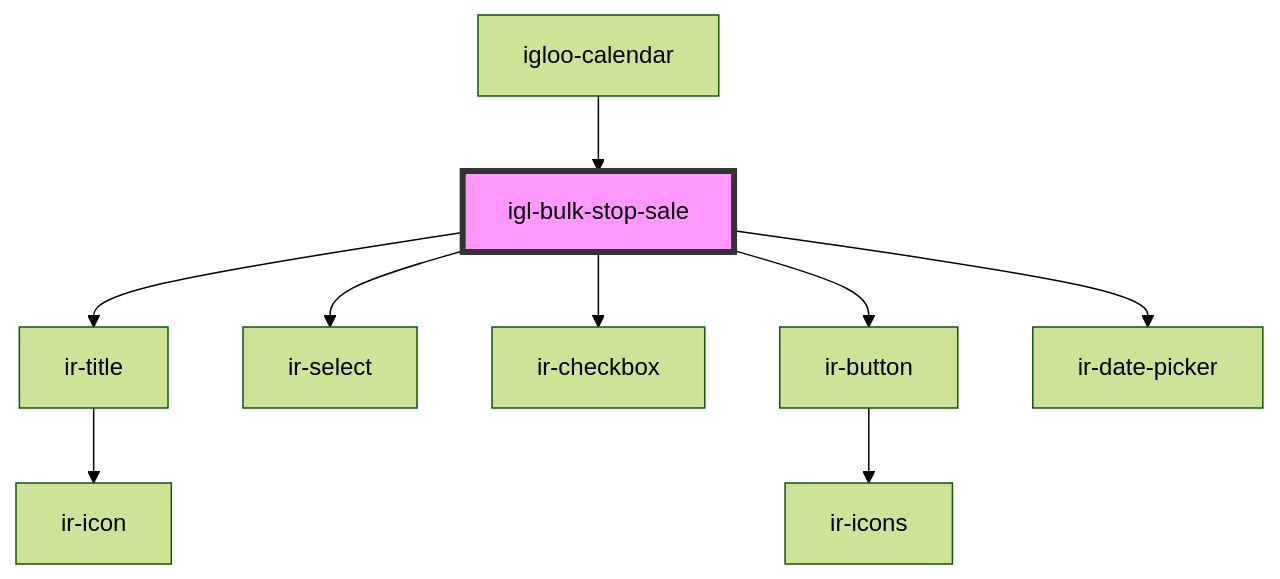
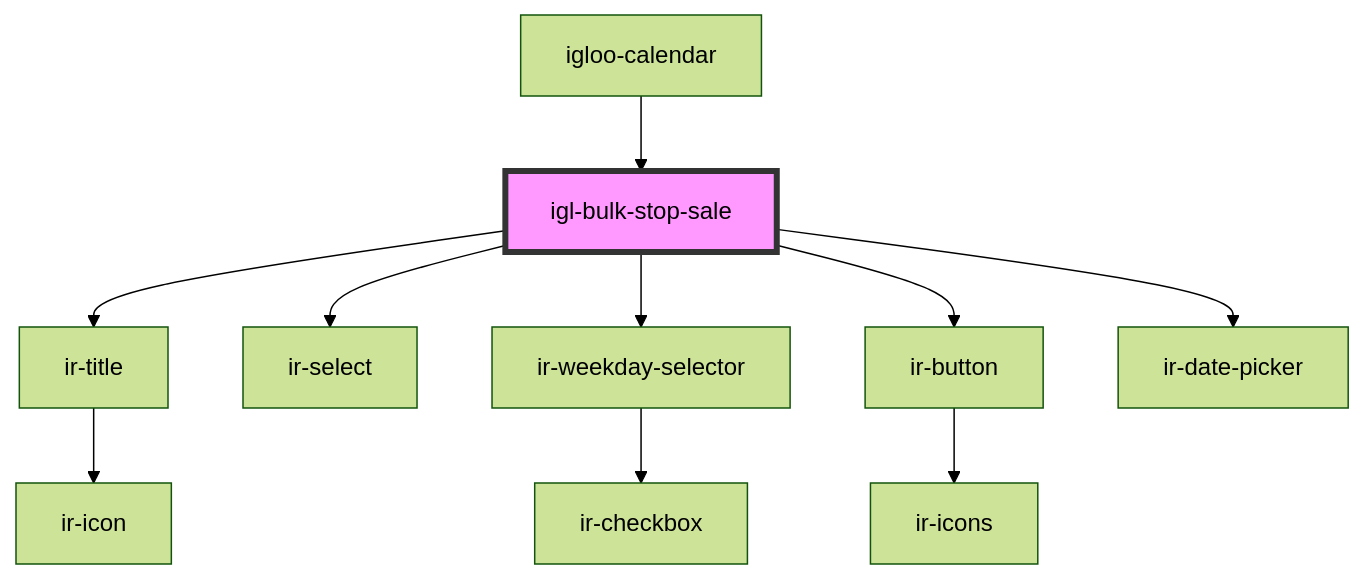
The diagram in src/components/igloo-calendar/igl-bulk-stop-sale/readme.md (David1Chowaifaty/modified-ir-webcmp), drawn with Mermaid (forest theme) before and after one commit. The commit also changed other lines of this file and 13 other files, not shown here.

````diff
--- a/src/components/igloo-calendar/igl-bulk-stop-sale/readme.md
+++ b/src/components/igloo-calendar/igl-bulk-stop-sale/readme.md
@@ -38,12 +39,13 @@
 ```mermaid
 graph TD;
   igl-bulk-stop-sale --> ir-title
   igl-bulk-stop-sale --> ir-select
-  igl-bulk-stop-sale --> ir-checkbox
+  igl-bulk-stop-sale --> ir-weekday-selector
   igl-bulk-stop-sale --> ir-button
   igl-bulk-stop-sale --> ir-date-picker
   ir-title --> ir-icon
+  ir-weekday-selector --> ir-checkbox
   ir-button --> ir-icons
   igloo-calendar --> igl-bulk-stop-sale
   style igl-bulk-stop-sale fill:#f9f,stroke:#333,stroke-width:4px
 ```
````
